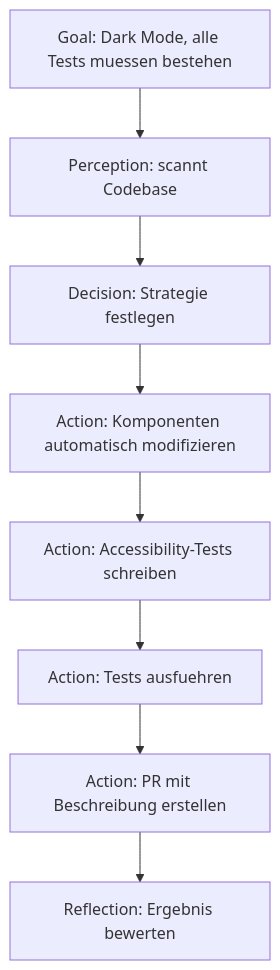
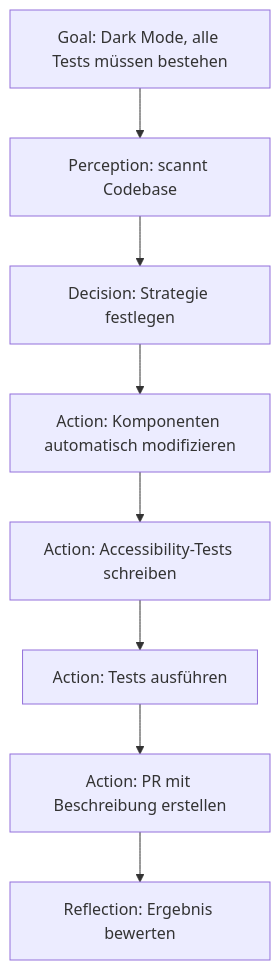
Before and after one commit to soenkelange/ai-lab-3-agentic-programming: the fourth of 5 diagrams in 01-agentic-foundations/model-vs-agent.md, drawn with Mermaid. The commit also changed other lines of this file and 31 other files, not shown here.

````diff
--- a/01-agentic-foundations/model-vs-agent.md
+++ b/01-agentic-foundations/model-vs-agent.md
@@ -103,10 +103,10 @@
 ```mermaid
 flowchart TD
-        A[Goal: Dark Mode, alle Tests muessen bestehen] --> B[Perception: scannt Codebase]
+        A[Goal: Dark Mode, alle Tests müssen bestehen] --> B[Perception: scannt Codebase]
         B --> C[Decision: Strategie festlegen]
         C --> D[Action: Komponenten automatisch modifizieren]
         D --> E[Action: Accessibility-Tests schreiben]
-        E --> F[Action: Tests ausfuehren]
+        E --> F[Action: Tests ausführen]
         F --> G[Action: PR mit Beschreibung erstellen]
         G --> H[Reflection: Ergebnis bewerten]
 ```
````
